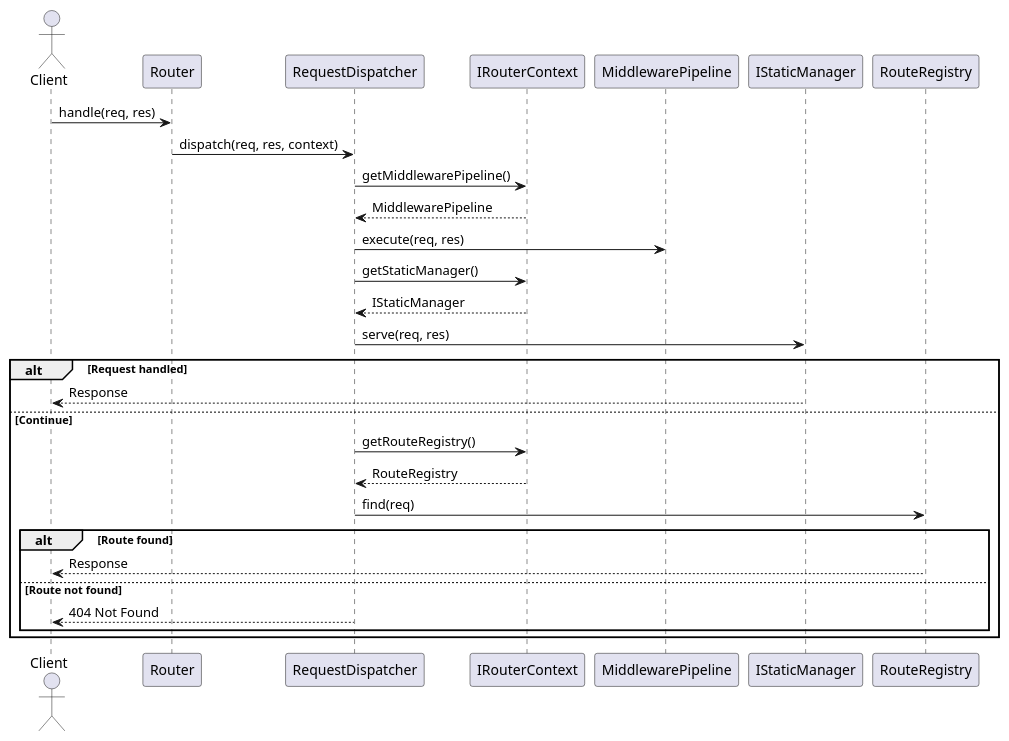
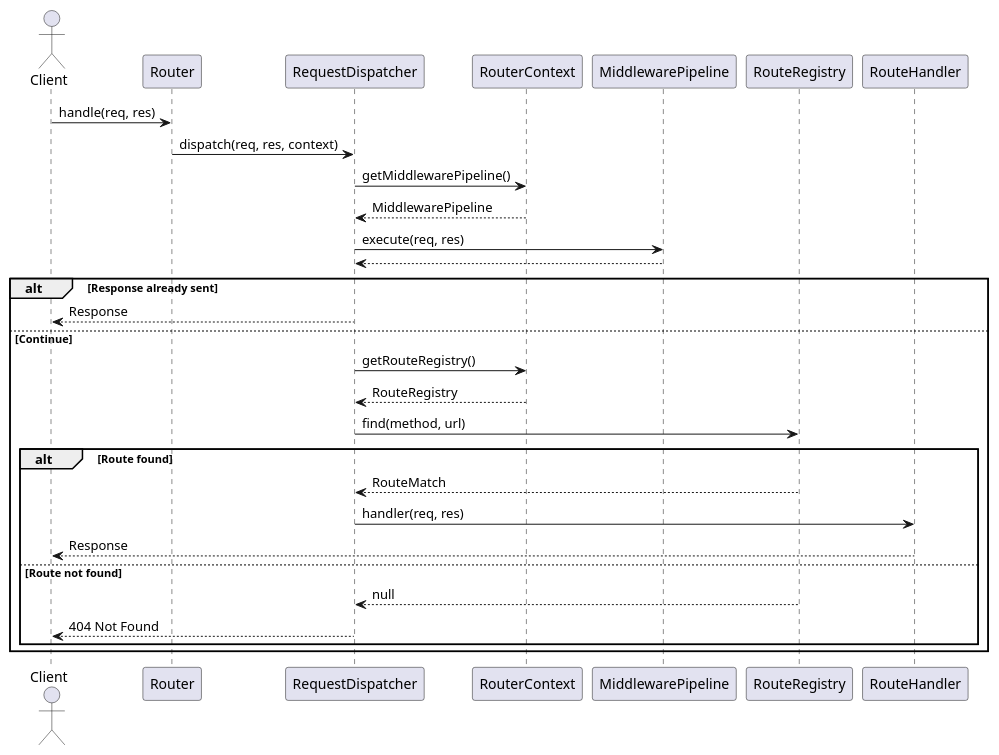
Before and after one commit to Ali-Wael-Hassan/duck-node-router: the diagram in docs/sequence diagrams/overview-sequence.puml, drawn with PlantUML. The commit also changed 8 other files, not shown here.

Commit message:
Implemented RequestDispatcher, and Router. Updated: README, Class Diagram, and Sequence Diagrams so that it match the new design and progress

```diff
--- a/docs/sequence diagrams/overview-sequence.puml
+++ b/docs/sequence diagrams/overview-sequence.puml
@@ -1,38 +1,41 @@
 @startuml High-level Overview
 
 actor Client
 
 participant Router
 participant RequestDispatcher
-participant IRouterContext
+participant RouterContext
+participant MiddlewarePipeline
+participant RouteRegistry
+participant RouteHandler
 
 Client -> Router : handle(req, res)
 
 Router -> RequestDispatcher : dispatch(req, res, context)
 
-RequestDispatcher -> IRouterContext : getMiddlewarePipeline()
-IRouterContext --> RequestDispatcher : MiddlewarePipeline
+RequestDispatcher -> RouterContext : getMiddlewarePipeline()
+RouterContext --> RequestDispatcher : MiddlewarePipeline
 
 RequestDispatcher -> MiddlewarePipeline : execute(req, res)
+MiddlewarePipeline --> RequestDispatcher
 
-RequestDispatcher -> IRouterContext : getStaticManager()
-IRouterContext --> RequestDispatcher : IStaticManager
+alt Response already sent
+    RequestDispatcher --> Client : Response
+else Continue
+    RequestDispatcher -> RouterContext : getRouteRegistry()
+    RouterContext --> RequestDispatcher : RouteRegistry
 
-RequestDispatcher -> IStaticManager : serve(req, res)
-
-alt Request handled
-    IStaticManager --> Client : Response
-else Continue
-    RequestDispatcher -> IRouterContext : getRouteRegistry()
-    IRouterContext --> RequestDispatcher : RouteRegistry
-
-    RequestDispatcher -> RouteRegistry : find(req)
+    RequestDispatcher -> RouteRegistry : find(method, url)
 
     alt Route found
-        RouteRegistry --> Client : Response
+        RouteRegistry --> RequestDispatcher : RouteMatch
+
+        RequestDispatcher -> RouteHandler : handler(req, res)
+        RouteHandler --> Client : Response
     else Route not found
+        RouteRegistry --> RequestDispatcher : null
         RequestDispatcher --> Client : 404 Not Found
     end
 end
 
 @enduml
```
